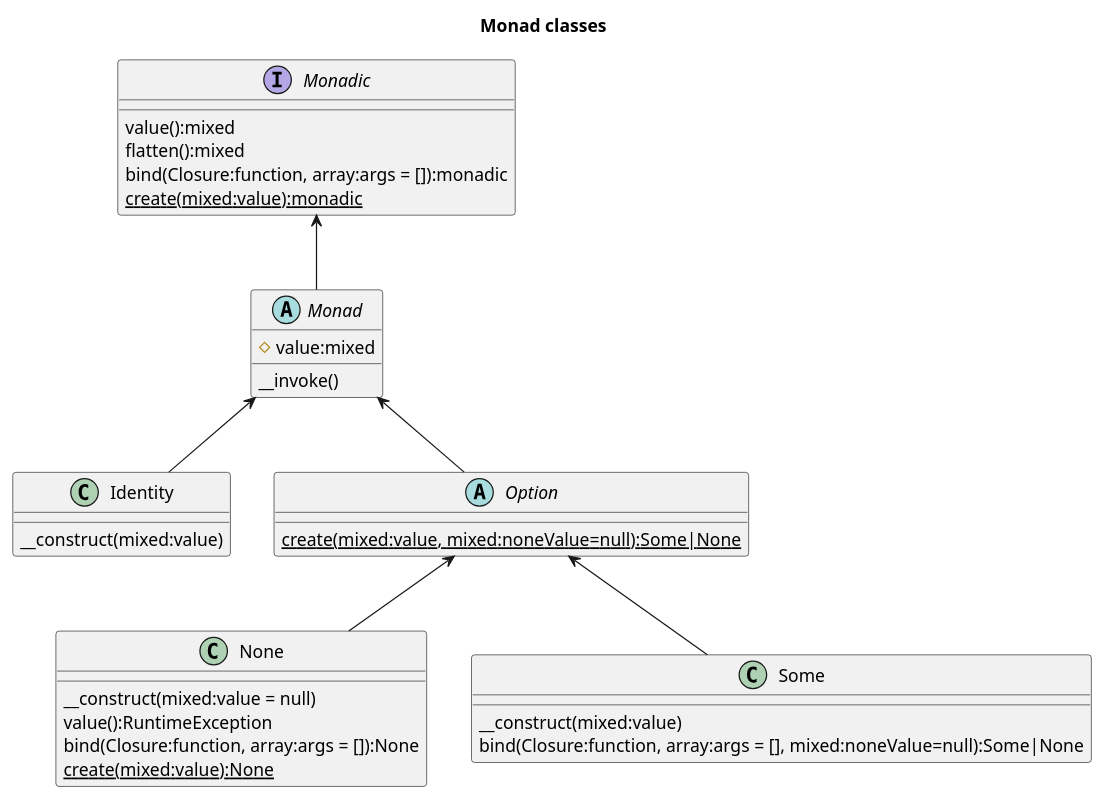
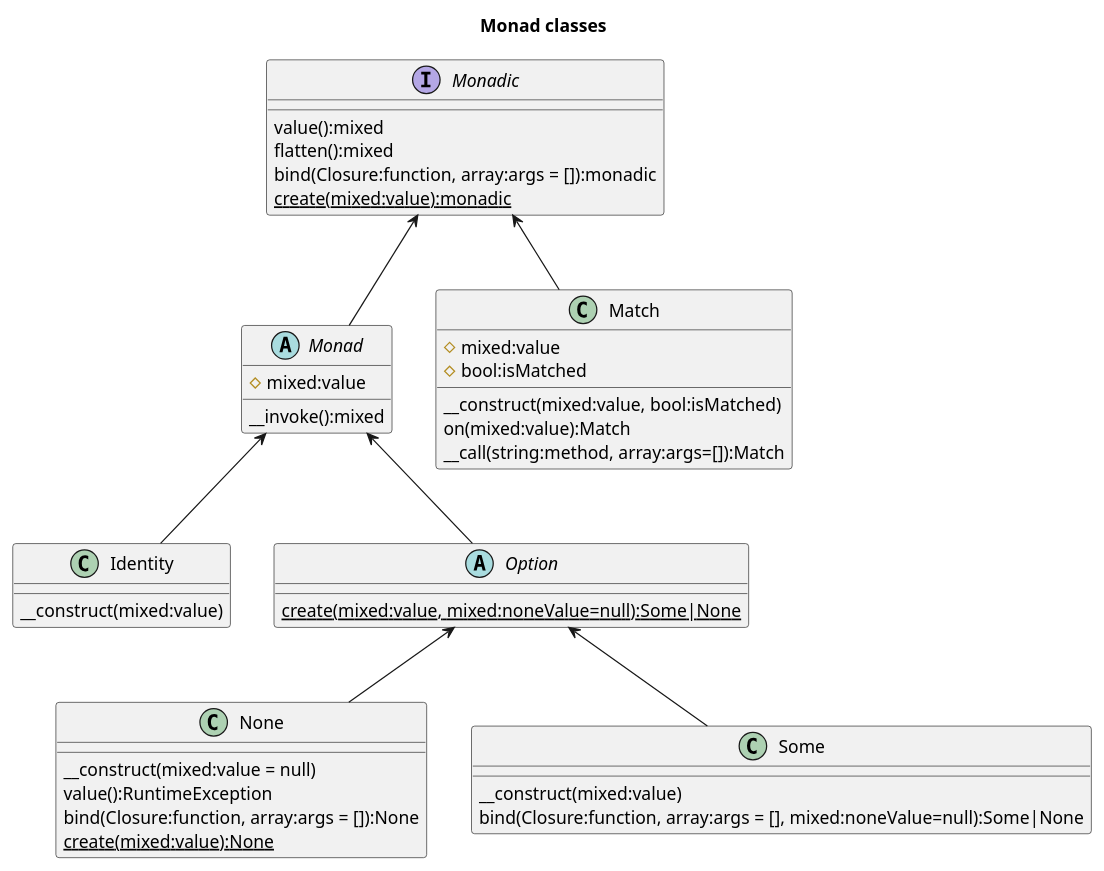
One commit to chippyash/Monad changed the diagram in docs/Monad Classes.puml. Above: the diagram before and after it, drawn with PlantUML. The commit also changed 1 other file, not shown here.

Commit message:
update uml

```diff
--- a/docs/Monad Classes.puml
+++ b/docs/Monad Classes.puml
@@ -1,41 +1,50 @@
 @startuml
 title Monad classes
 
 interface Monadic {
     value():mixed
     flatten():mixed
     bind(Closure:function, array:args = []):monadic
     {static} create(mixed:value):monadic
 }
 
 abstract class Monad {
-    #value:mixed
-    __invoke()
+    #mixed:value
+    __invoke():mixed
 }
 
 class Identity {
     __construct(mixed:value)
 }
 
 abstract class Option {
     {static} create(mixed:value, mixed:noneValue=null):Some|None
 }
 
 class None {
     __construct(mixed:value = null)
     value():RuntimeException
     bind(Closure:function, array:args = []):None
     {static} create(mixed:value):None
 }
 
 class Some {
     __construct(mixed:value)
     bind(Closure:function, array:args = [], mixed:noneValue=null):Some|None
 }
 
+class Match {
+    #mixed:value
+    #bool:isMatched
+    __construct(mixed:value, bool:isMatched)
+    on(mixed:value):Match
+    __call(string:method, array:args=[]):Match
+}
+
 Monadic <-- Monad
 Monad <-- Identity
 Monad <-- Option
 Option <-- None
 Option <-- Some
+Monadic <-- Match
 @enduml
```
